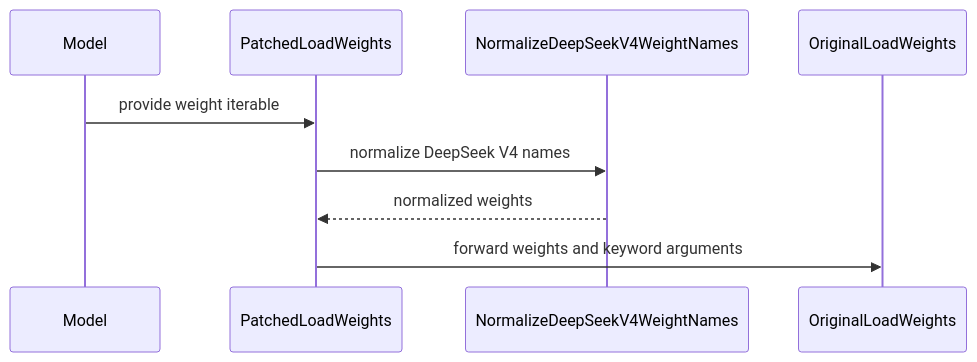
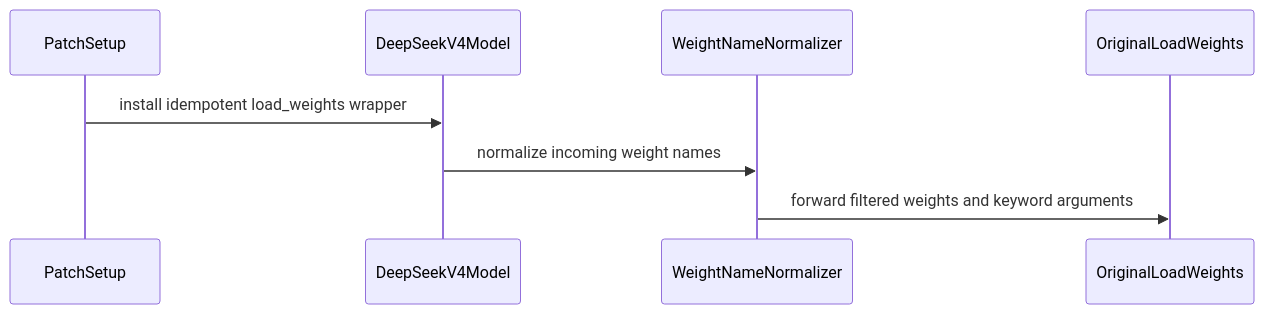
Before and after one commit to yuguo-Jack/HCU-TrainFlow: the diagram in knowledge/projects/verl/knowledgebase/upstream/prs/verl-project--verl/PR-8251.md, drawn with Mermaid. The commit also changed other lines of this file and 42044 other files, not shown here.

````diff
--- a/knowledge/projects/verl/knowledgebase/upstream/prs/verl-project--verl/PR-8251.md
+++ b/knowledge/projects/verl/knowledgebase/upstream/prs/verl-project--verl/PR-8251.md
@@ -294,11 +531,10 @@
 ```mermaid
 sequenceDiagram
-  participant Model
-  participant PatchedLoadWeights
-  participant NormalizeDeepSeekV4WeightNames
+  participant PatchSetup
+  participant DeepSeekV4Model
+  participant WeightNameNormalizer
   participant OriginalLoadWeights
-  Model->>PatchedLoadWeights: provide weight iterable
-  PatchedLoadWeights->>NormalizeDeepSeekV4WeightNames: normalize DeepSeek V4 names
-  NormalizeDeepSeekV4WeightNames-->>PatchedLoadWeights: normalized weights
-  PatchedLoadWeights->>OriginalLoadWeights: forward weights and keyword arguments
+  PatchSetup->>DeepSeekV4Model: install idempotent load_weights wrapper
+  DeepSeekV4Model->>WeightNameNormalizer: normalize incoming weight names
+  WeightNameNormalizer->>OriginalLoadWeights: forward filtered weights and keyword arguments
 ```
````
